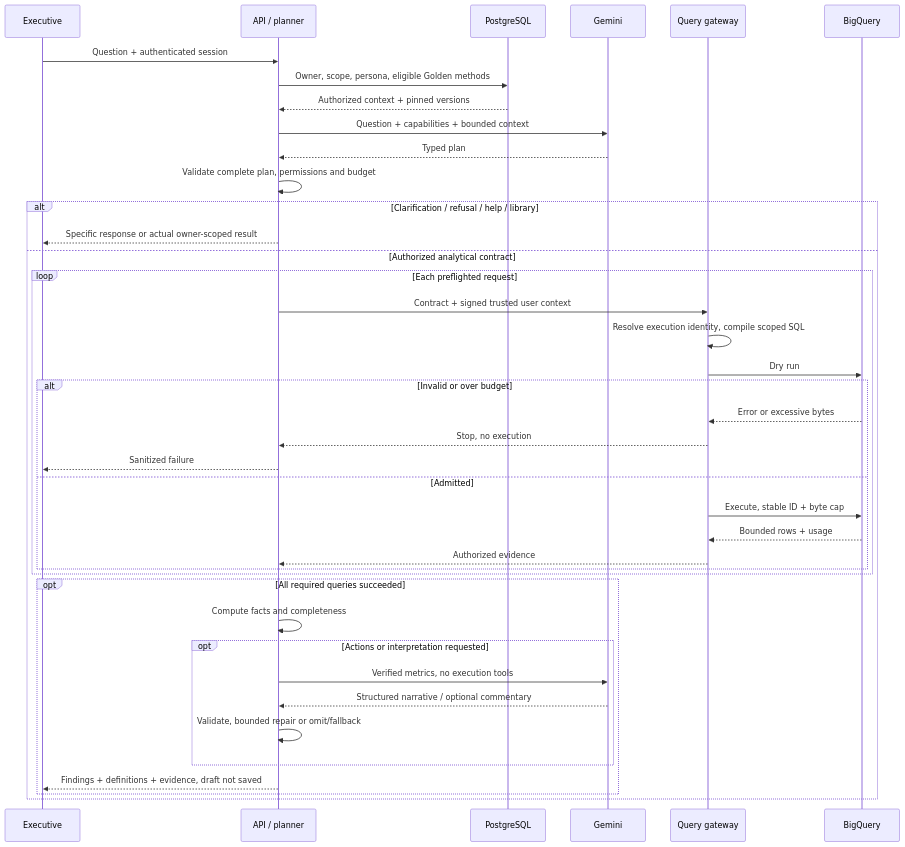
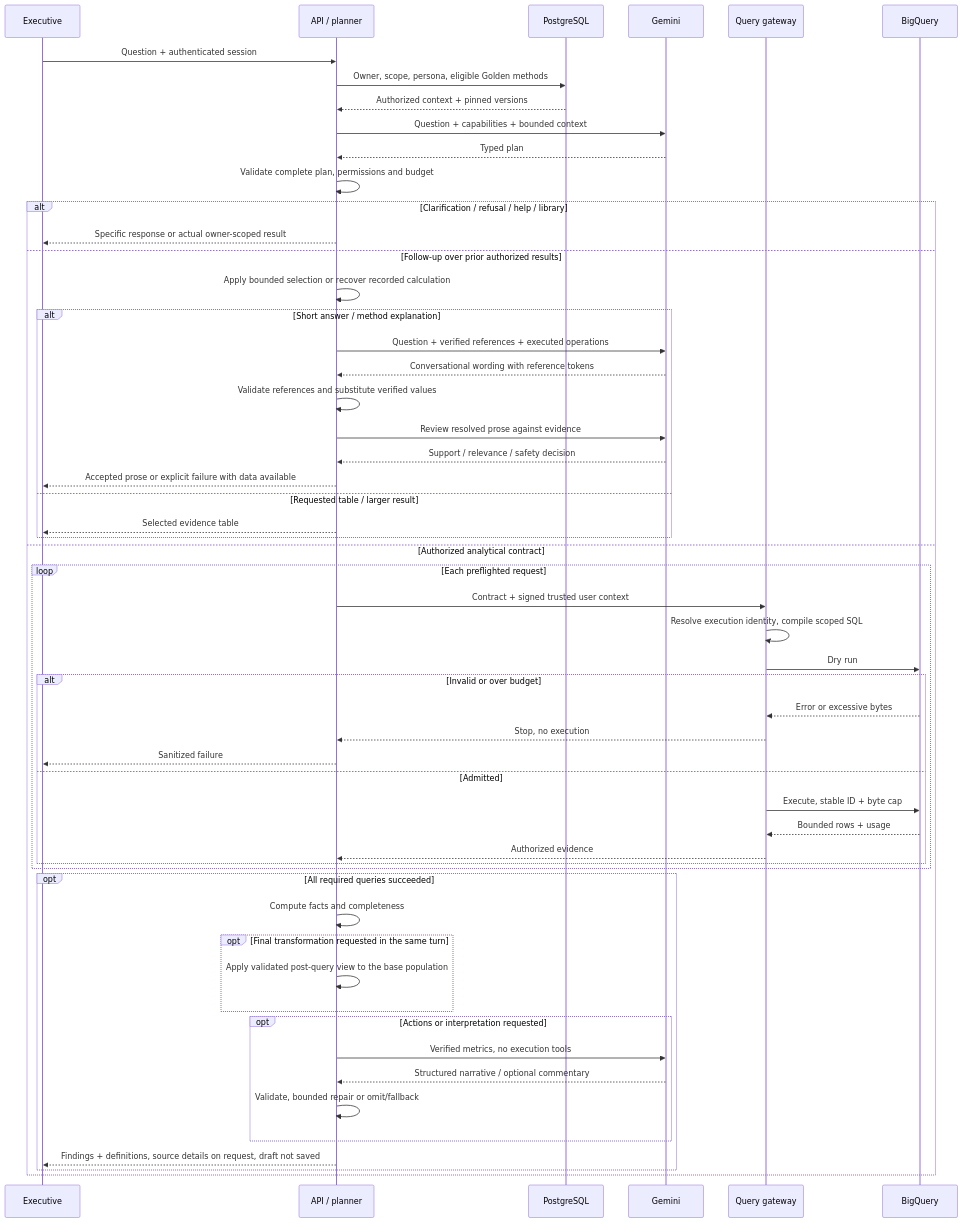
Before and after one commit to tymek100/opsfleet-task: the diagram in docs/diagrams/request-flow.mmd, drawn with Mermaid. The commit also changed 524 other files, not shown here.

Commit message:
feat: add contextual follow-ups, verified explanations, and evaluated demo conversations

```diff
--- a/docs/diagrams/request-flow.mmd
+++ b/docs/diagrams/request-flow.mmd
@@ -1,40 +1,55 @@
 sequenceDiagram
   participant U as Executive
   participant A as API / planner
   participant S as PostgreSQL
   participant M as Gemini
   participant G as Query gateway
   participant B as BigQuery
   U->>A: Question + authenticated session
   A->>S: Owner, scope, persona, eligible Golden methods
   S-->>A: Authorized context + pinned versions
   A->>M: Question + capabilities + bounded context
   M-->>A: Typed plan
   A->>A: Validate complete plan, permissions and budget
   alt Clarification / refusal / help / library
     A-->>U: Specific response or actual owner-scoped result
+  else Follow-up over prior authorized results
+    A->>A: Apply bounded selection or recover recorded calculation
+    alt Short answer / method explanation
+      A->>M: Question + verified references + executed operations
+      M-->>A: Conversational wording with reference tokens
+      A->>A: Validate references and substitute verified values
+      A->>M: Review resolved prose against evidence
+      M-->>A: Support / relevance / safety decision
+      A-->>U: Accepted prose or explicit failure with data available
+    else Requested table / larger result
+      A-->>U: Selected evidence table
+    end
   else Authorized analytical contract
     loop Each preflighted request
       A->>G: Contract + signed trusted user context
       G->>G: Resolve execution identity, compile scoped SQL
       G->>B: Dry run
       alt Invalid or over budget
         B-->>G: Error or excessive bytes
         G-->>A: Stop, no execution
         A-->>U: Sanitized failure
       else Admitted
         G->>B: Execute, stable ID + byte cap
         B-->>G: Bounded rows + usage
         G-->>A: Authorized evidence
       end
     end
     opt All required queries succeeded
       A->>A: Compute facts and completeness
+      opt Final transformation requested in the same turn
+        A->>A: Apply validated post-query view to the base population
+      end
       opt Actions or interpretation requested
         A->>M: Verified metrics, no execution tools
         M-->>A: Structured narrative / optional commentary
         A->>A: Validate, bounded repair or omit/fallback
       end
-      A-->>U: Findings + definitions + evidence, draft not saved
+      A-->>U: Findings + definitions, source details on request, draft not saved
     end
   end
```
